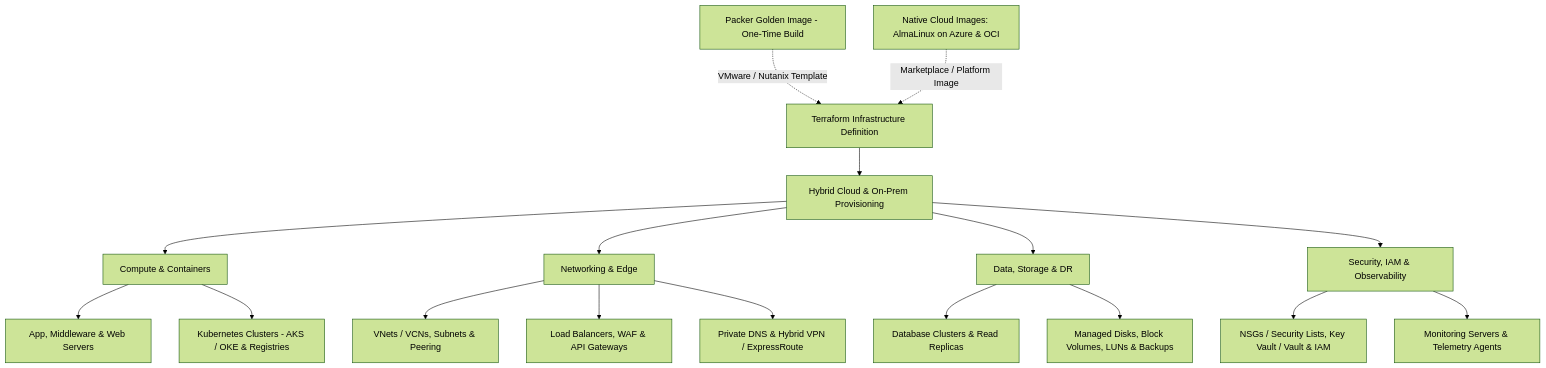
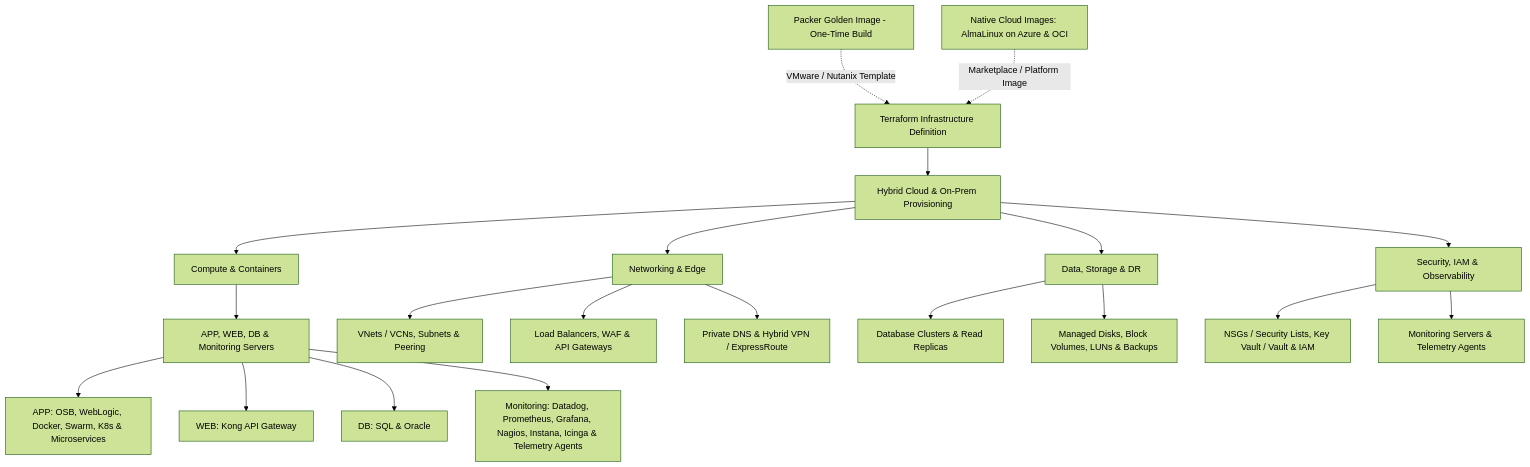
The second of 7 diagrams in docs/index.md (ejpinangog/ejpinangog.github.io), drawn with Mermaid (forest theme) before and after one commit. The commit also changed other lines of this file, not shown here.

````diff
--- a/docs/index.md
+++ b/docs/index.md
@@ -68,25 +58,28 @@
 ```mermaid
 flowchart TD
     PK[Packer Golden Image - One-Time Build] -.->|VMware / Nutanix Template| TF[Terraform Infrastructure Definition]
     CLD[Native Cloud Images: AlmaLinux on Azure & OCI] -.->|Marketplace / Platform Image| TF
 
     TF --> B[Hybrid Cloud & On-Prem Provisioning]
 
     B --> P1[Compute & Containers]
     B --> P2[Networking & Edge]
     B --> P3[Data, Storage & DR]
     B --> P4[Security, IAM & Observability]
 
-    P1 --> C1[App, Middleware & Web Servers]
-    P1 --> C2[Kubernetes Clusters - AKS / OKE & Registries]
+    P1 --> C1[APP, WEB, DB & Monitoring Servers]
+    C1 --> APP[APP: OSB, WebLogic, Docker, Swarm, K8s & Microservices]
+    C1 --> WEB[WEB: Kong API Gateway]
+    C1 --> DB[DB: SQL & Oracle]
+    C1 --> MON[Monitoring: Datadog, Prometheus, Grafana, Nagios, Instana, Icinga & Telemetry Agents]
 
     P2 --> N1[VNets / VCNs, Subnets & Peering]
     P2 --> N2[Load Balancers, WAF & API Gateways]
     P2 --> N3[Private DNS & Hybrid VPN / ExpressRoute]
 
     P3 --> D1[Database Clusters & Read Replicas]
     P3 --> D2[Managed Disks, Block Volumes, LUNs & Backups]
 
     P4 --> S1[NSGs / Security Lists, Key Vault / Vault & IAM]
     P4 --> S2[Monitoring Servers & Telemetry Agents]
 ```
````
